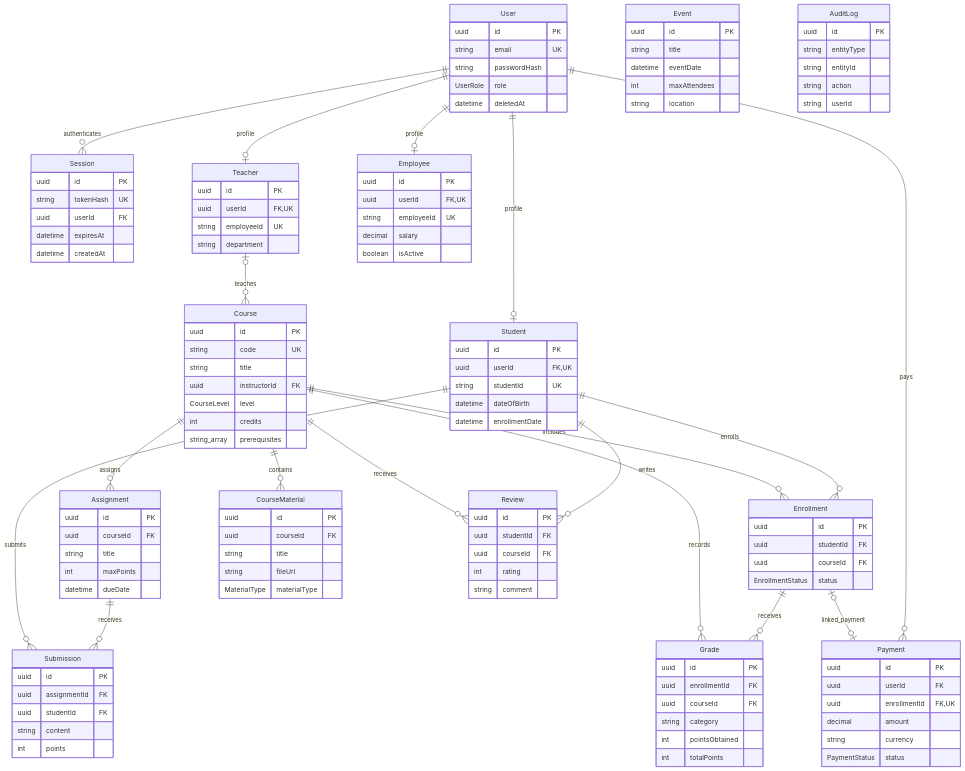
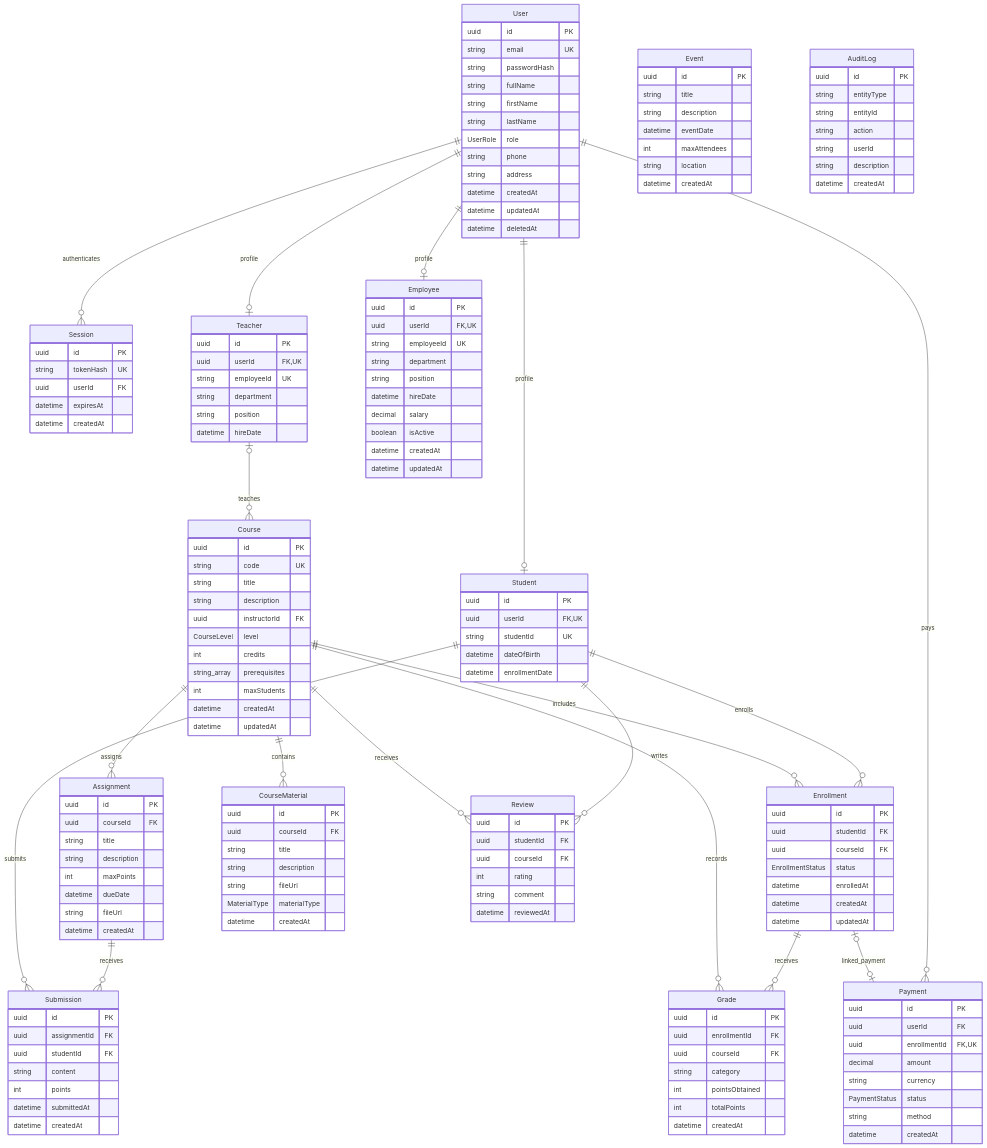
Before and after one commit to amborsan/it-school: the second of 2 diagrams in docs/data-model.md, drawn with Mermaid. The commit also changed other lines of this file and 7 other files, not shown here.

````diff
--- a/docs/data-model.md
+++ b/docs/data-model.md
@@ -33,7 +70,14 @@
         uuid id PK
         string email UK
         string passwordHash
+        string fullName
+        string firstName
+        string lastName
         UserRole role
+        string phone
+        string address
+        datetime createdAt
+        datetime updatedAt
         datetime deletedAt
     }
     Student {
@@ -48,35 +92,52 @@
         uuid userId FK,UK
         string employeeId UK
         string department
+        string position
+        datetime hireDate
     }
     Employee {
         uuid id PK
         uuid userId FK,UK
         string employeeId UK
+        string department
+        string position
+        datetime hireDate
         decimal salary
         boolean isActive
+        datetime createdAt
+        datetime updatedAt
     }
     Course {
         uuid id PK
         string code UK
         string title
+        string description
         uuid instructorId FK
         CourseLevel level
         int credits
         string_array prerequisites
+        int maxStudents
+        datetime createdAt
+        datetime updatedAt
     }
     Enrollment {
         uuid id PK
         uuid studentId FK
         uuid courseId FK
         EnrollmentStatus status
+        datetime enrolledAt
+        datetime createdAt
+        datetime updatedAt
     }
     Assignment {
         uuid id PK
         uuid courseId FK
         string title
+        string description
         int maxPoints
         datetime dueDate
+        string fileUrl
+        datetime createdAt
     }
     Submission {
         uuid id PK
@@ -84,6 +145,8 @@
         uuid studentId FK
         string content
         int points
+        datetime submittedAt
+        datetime createdAt
     }
     Grade {
         uuid id PK
@@ -92,13 +155,16 @@
         string category
         int pointsObtained
         int totalPoints
+        datetime createdAt
     }
     CourseMaterial {
         uuid id PK
         uuid courseId FK
         string title
+        string description
         string fileUrl
         MaterialType materialType
+        datetime createdAt
     }
     Payment {
         uuid id PK
@@ -107,6 +173,8 @@
         decimal amount
         string currency
         PaymentStatus status
+        string method
+        datetime createdAt
     }
     Review {
         uuid id PK
@@ -114,13 +182,16 @@
         uuid courseId FK
         int rating
         string comment
+        datetime reviewedAt
     }
     Event {
         uuid id PK
         string title
+        string description
         datetime eventDate
         int maxAttendees
         string location
+        datetime createdAt
     }
     AuditLog {
         uuid id PK
@@ -128,5 +199,7 @@
         string entityId
         string action
         string userId
+        string description
+        datetime createdAt
     }
 ```
````
